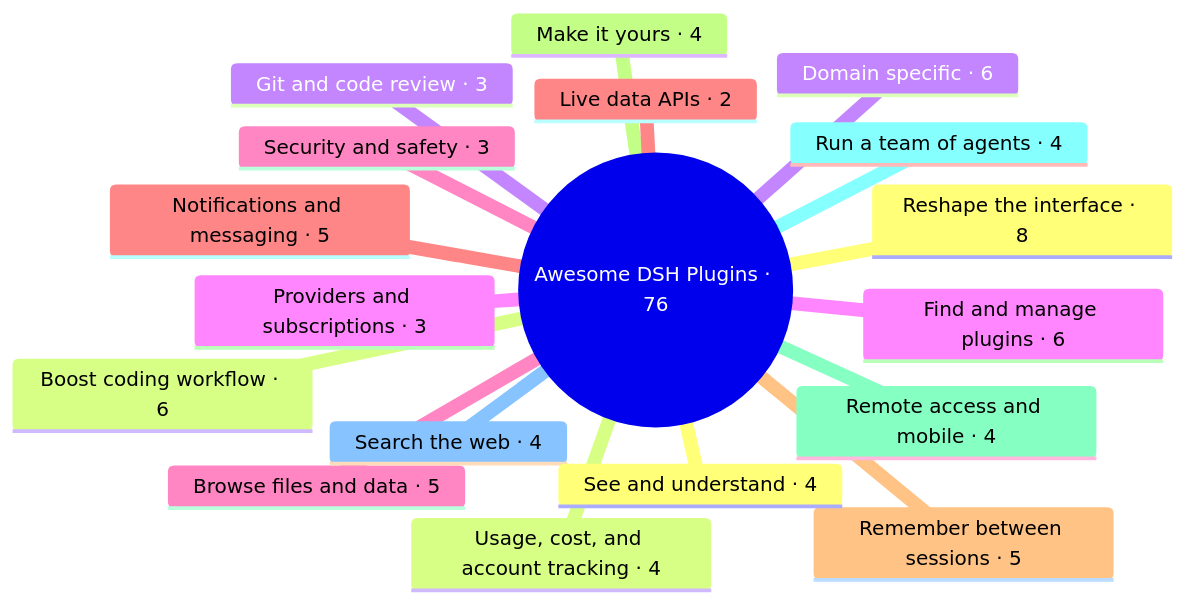
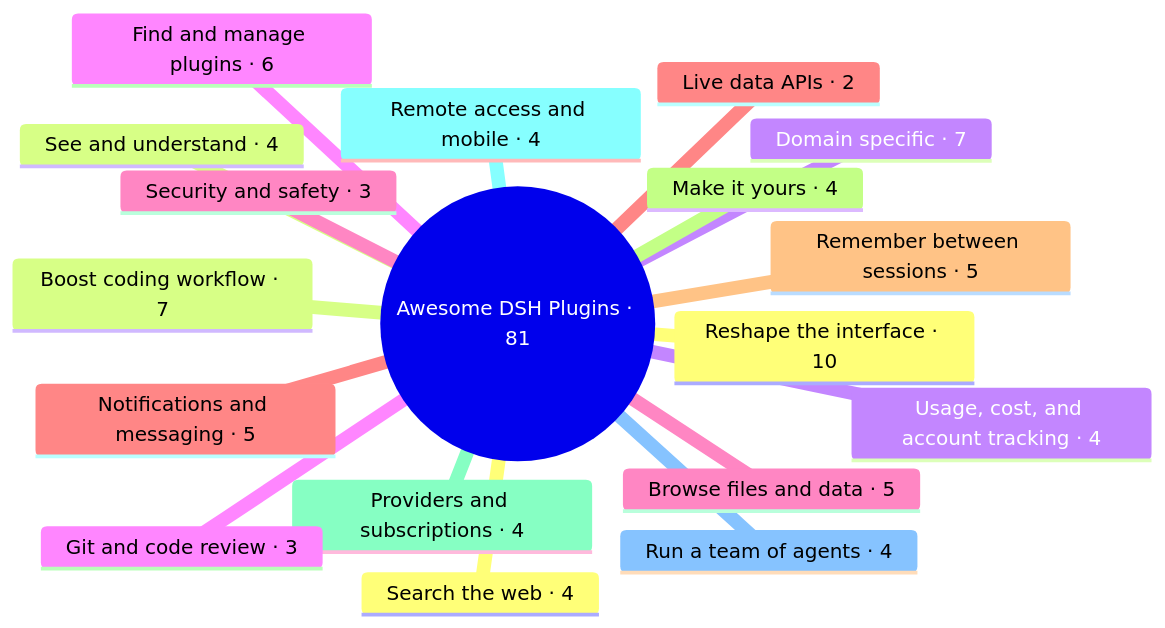
The first of 2 diagrams in README.md (ZeroPointRepo/awesome-dsh-plugins), drawn with Mermaid before and after one commit. The commit also changed other lines of this file and 6 other files, not shown here.

````diff
--- a/README.md
+++ b/README.md
@@ -58,21 +58,21 @@
 ```mermaid
 mindmap
-  root((Awesome DSH Plugins · 76))
-    Reshape the interface · 8
-    Boost coding workflow · 6
-    Domain specific · 6
+  root((Awesome DSH Plugins · 81))
+    Reshape the interface · 10
+    Boost coding workflow · 7
+    Domain specific · 7
     Find and manage plugins · 6
     Browse files and data · 5
     Notifications and messaging · 5
     Remember between sessions · 5
     Make it yours · 4
+    Providers and subscriptions · 4
     Remote access and mobile · 4
     Run a team of agents · 4
     Search the web · 4
     See and understand · 4
     Usage, cost, and account tracking · 4
     Git and code review · 3
-    Providers and subscriptions · 3
     Security and safety · 3
     Live data APIs · 2
 ```
````
